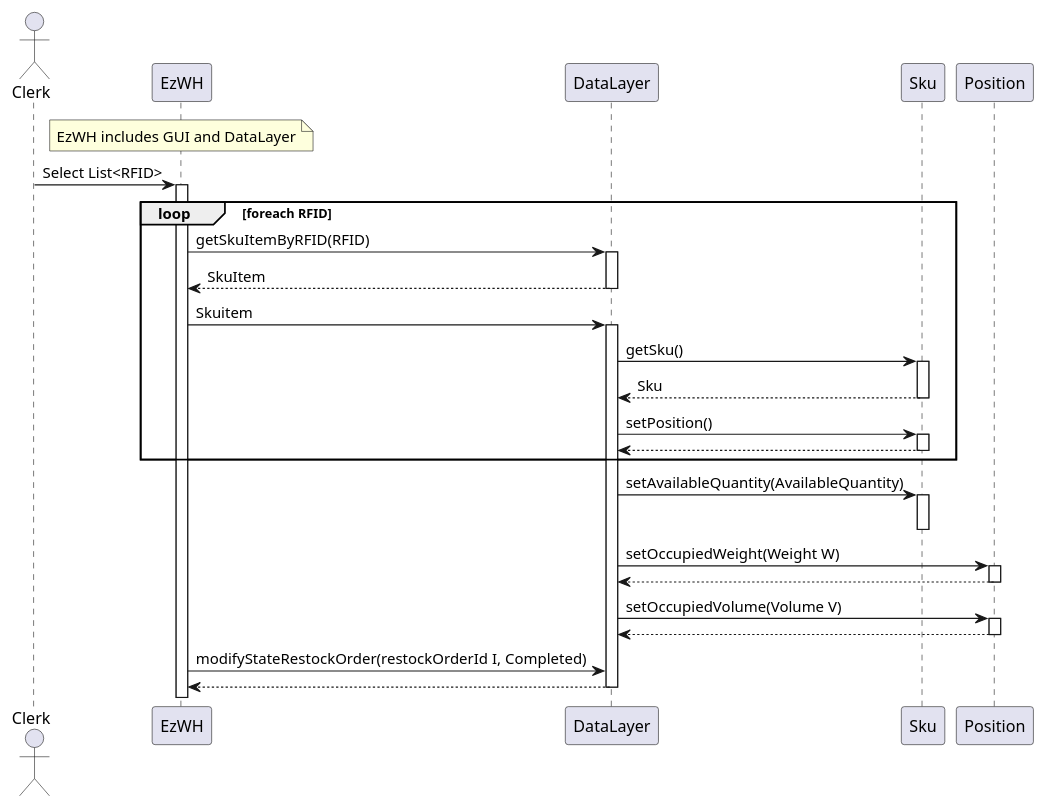
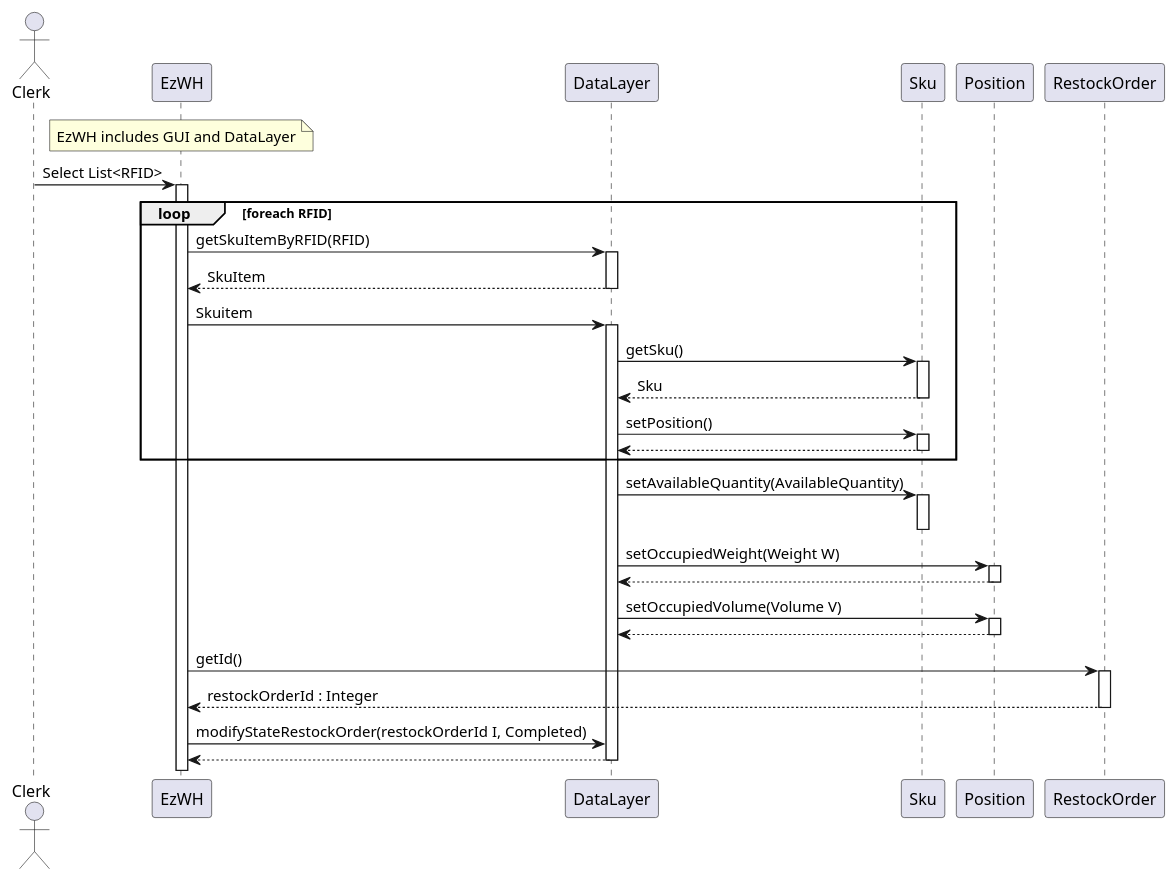
The fifth of 6 diagrams in DesignDocument.md (LucaFilippetti99/EzWh---Software-engineering-project), drawn with PlantUML before and after one commit. The commit also changed 1 other file, not shown here.

Commit message:
added method internal order

````diff
--- a/DesignDocument.md
+++ b/DesignDocument.md
@@ -219,50 +219,53 @@
 ```plantuml
 
 actor Clerk
 note over EzWH : EzWH includes GUI and DataLayer
 Clerk -> EzWH : Select List<RFID> 
 activate EzWH
 
 loop foreach RFID
 
 EzWH -> DataLayer : getSkuItemByRFID(RFID)
 activate DataLayer
 return  SkuItem
 
 EzWH -> DataLayer : Skuitem
 activate DataLayer
 DataLayer -> Sku : getSku()
 activate Sku
 return  Sku
 
 DataLayer -> Sku : setPosition()
 activate Sku
 return
 deactivate Sku
 
 end
 
 DataLayer -> Sku : setAvailableQuantity(AvailableQuantity)
 activate Sku
 deactivate Sku
 
 
 
 DataLayer -> Position : setOccupiedWeight(Weight W)
 activate Position
 return
 deactivate Position
 
 DataLayer -> Position : setOccupiedVolume(Volume V)
 activate Position
 return
 deactivate Position
   
+EzWH -> RestockOrder : getId()
+activate RestockOrder
+return restockOrderId : Integer
 
 EzWH -> DataLayer :  modifyStateRestockOrder(restockOrderId I, Completed)
 return 
 deactivate DataLayer
 
 
 
 ```
````
